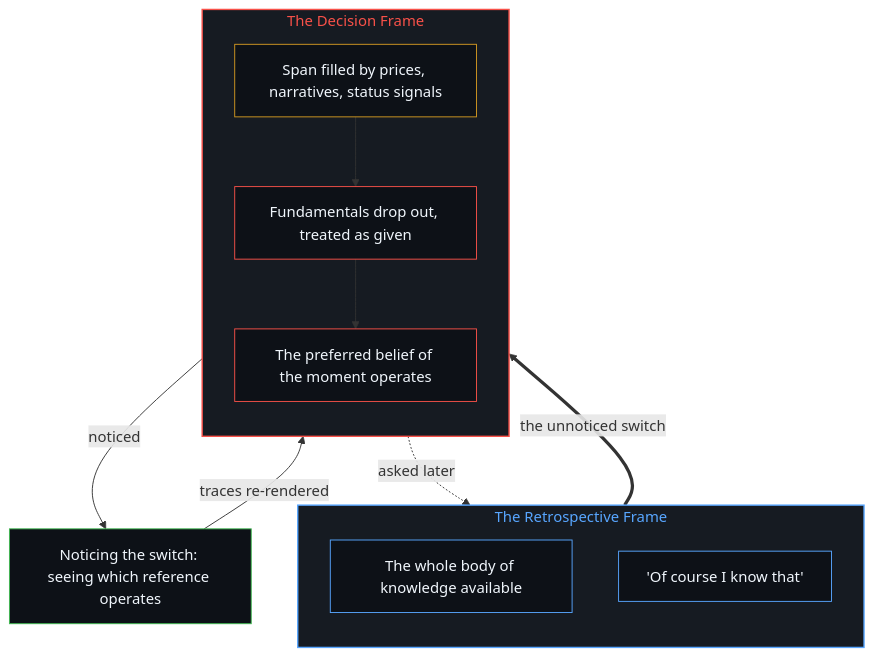
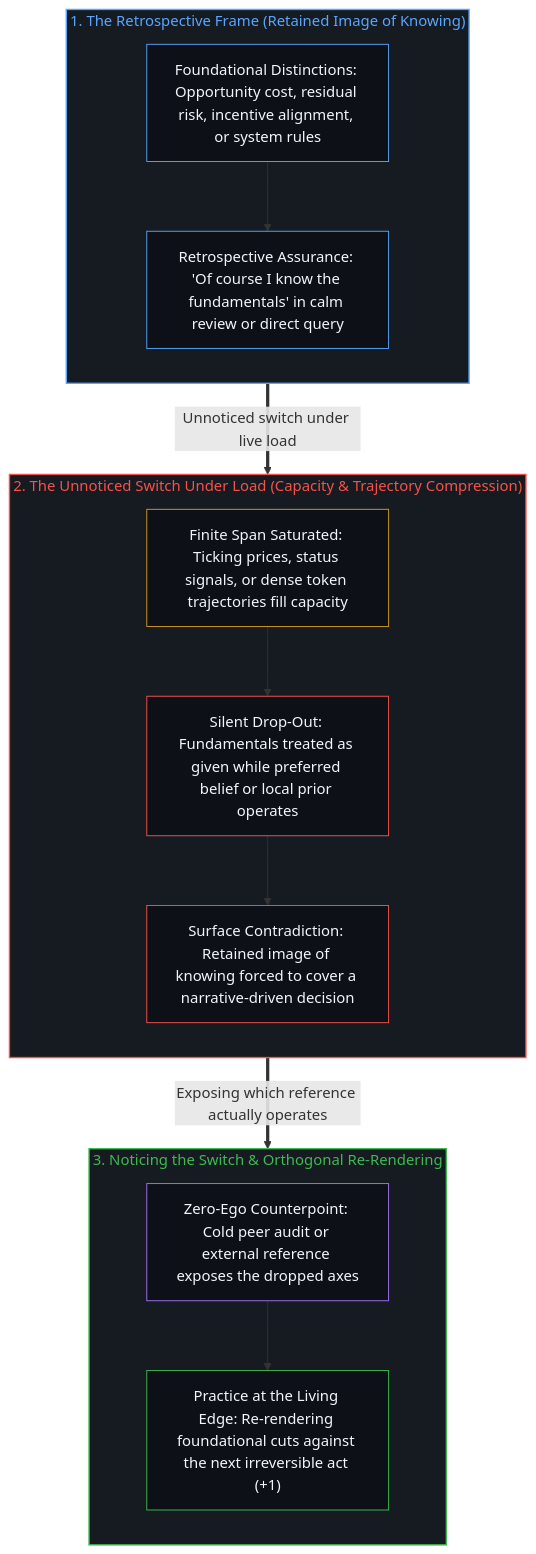
Before and after one commit to powerpig99/not-a-toe: the second of 2 diagrams in content/posts/the-paradox-of-fundamentals-is-the-unaware-switch-of-reference.md, drawn with Mermaid. The commit also changed other lines of this file and 4 other files, not shown here.

Commit message:
Refine L2 #163 & #165: the-paradox-of-fundamentals-is-the-unaware-switch-of-reference, the-scaffolding-we-forget-local-models-as-default (Wave 3)

````diff
--- a/content/posts/the-paradox-of-fundamentals-is-the-unaware-switch-of-reference.md
+++ b/content/posts/the-paradox-of-fundamentals-is-the-unaware-switch-of-reference.md
@@ -66,28 +82,38 @@
 ```mermaid
 flowchart TD
-    subgraph S_Retro["The Retrospective Frame"]
+    subgraph S_Retro["1. The Retrospective Frame (Retained Image of Knowing)"]
         direction TB
-        R1["The whole body of knowledge available"]
-        R2["'Of course I know that'"]
+        R_Trace["Foundational Distinctions: Opportunity cost, residual risk, incentive alignment, or system rules"]
+        R_Claim["Retrospective Assurance: 'Of course I know the fundamentals' in calm review or direct query"]
+        R_Trace --> R_Claim
     end
-    subgraph S_Dec["The Decision Frame"]
+
+    subgraph S_Switch["2. The Unnoticed Switch Under Load (Capacity & Trajectory Compression)"]
         direction TB
-        D1["Span filled by prices, narratives, status signals"]
-        D2["Fundamentals drop out, treated as given"]
-        D3["The preferred belief of the moment operates"]
+        D_Load["Finite Span Saturated: Ticking prices, status signals, or dense token trajectories fill capacity"]
+        D_Drop["Silent Drop-Out: Fundamentals treated as given while preferred belief or local prior operates"]
+        D_Incoh["Surface Contradiction: Retained image of knowing forced to cover a narrative-driven decision"]
+        D_Load --> D_Drop --> D_Incoh
     end
-    N["Noticing the switch: seeing which reference operates"]
-    R2 ==>|"the unnoticed switch"| D1
-    D1 --> D2 --> D3
-    D3 -.->|"asked later"| R1
-    D3 -->|"noticed"| N
-    N -->|"traces re-rendered"| D1
+
+    subgraph S_Restore["3. Noticing the Switch & Orthogonal Re-Rendering"]
+        direction TB
+        N_Peer["Zero-Ego Counterpoint: Cold peer audit or external reference exposes the dropped axes"]
+        N_Edge["Practice at the Living Edge: Re-rendering foundational cuts against the next irreversible act (+1)"]
+        N_Peer --> N_Edge
+    end
+
+    R_Claim ==>|"Unnoticed switch under live load"| D_Load
+    D_Incoh ==>|"Exposing which reference actually operates"| N_Peer
+
     style S_Retro fill:#161b22,stroke:#58a6ff,stroke-width:1.5px,color:#58a6ff
-    style S_Dec fill:#161b22,stroke:#f85149,stroke-width:1.5px,color:#f85149
-    style R1 fill:#0d1117,stroke:#58a6ff,stroke-width:1px,color:#f0f6fc
-    style R2 fill:#0d1117,stroke:#58a6ff,stroke-width:1px,color:#f0f6fc
-    style D1 fill:#0d1117,stroke:#d29922,stroke-width:1px,color:#f0f6fc
-    style D2 fill:#0d1117,stroke:#f85149,stroke-width:1px,color:#f0f6fc
-    style D3 fill:#0d1117,stroke:#f85149,stroke-width:1px,color:#f0f6fc
-    style N fill:#0d1117,stroke:#3fb950,stroke-width:1px,color:#f0f6fc
+    style S_Switch fill:#161b22,stroke:#f85149,stroke-width:1.5px,color:#f85149
+    style S_Restore fill:#161b22,stroke:#3fb950,stroke-width:1.5px,color:#3fb950
+    style R_Trace fill:#0d1117,stroke:#58a6ff,stroke-width:1px,color:#f0f6fc
+    style R_Claim fill:#0d1117,stroke:#58a6ff,stroke-width:1px,color:#f0f6fc
+    style D_Load fill:#0d1117,stroke:#d29922,stroke-width:1px,color:#f0f6fc
+    style D_Drop fill:#0d1117,stroke:#f85149,stroke-width:1px,color:#f0f6fc
+    style D_Incoh fill:#0d1117,stroke:#f85149,stroke-width:1px,color:#f0f6fc
+    style N_Peer fill:#0d1117,stroke:#a371f7,stroke-width:1px,color:#f0f6fc
+    style N_Edge fill:#0d1117,stroke:#3fb950,stroke-width:1px,color:#f0f6fc
 ```
````
